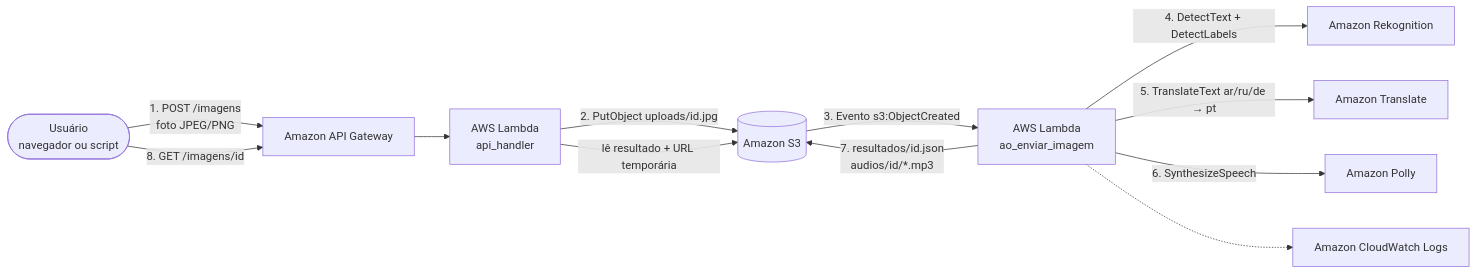
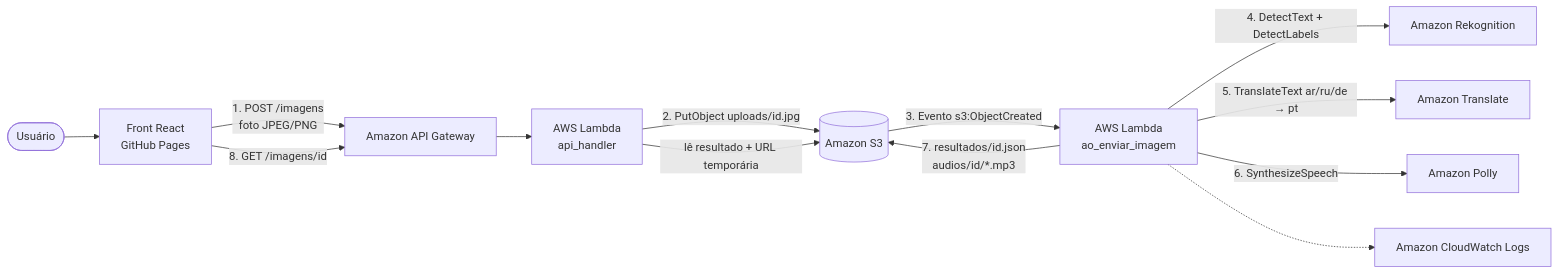
One commit to DaviFPassos/chalice_aws changed the diagram in docs/arquitetura.md. Above: the diagram before and after it, drawn with Mermaid. The commit also changed other lines of this file and 25 other files, not shown here.

First line of the commit message:
Adiciona front-end em React para enviar a foto e ouvir a tradução

````diff
--- a/docs/arquitetura.md
+++ b/docs/arquitetura.md
@@ -9,14 +9,15 @@
 ```mermaid
 flowchart LR
-    U([Usuário<br/>navegador ou script]) -->|1. POST /imagens<br/>foto JPEG/PNG| APIGW[Amazon API Gateway]
+    U([Usuário]) --> FE[Front React<br/>GitHub Pages]
+    FE -->|1. POST /imagens<br/>foto JPEG/PNG| APIGW[Amazon API Gateway]
     APIGW --> L1[AWS Lambda<br/>api_handler]
     L1 -->|2. PutObject uploads/id.jpg| S3[(Amazon S3)]
     S3 -->|3. Evento s3:ObjectCreated| L2[AWS Lambda<br/>ao_enviar_imagem]
     L2 -->|4. DetectText + DetectLabels| REK[Amazon Rekognition]
     L2 -->|5. TranslateText ar/ru/de → pt| TR[Amazon Translate]
     L2 -->|6. SynthesizeSpeech| PO[Amazon Polly]
     L2 -->|7. resultados/id.json<br/>audios/id/*.mp3| S3
-    U -->|8. GET /imagens/id| APIGW
+    FE -->|8. GET /imagens/id| APIGW
     L1 -->|lê resultado + URL temporária| S3
     L2 -.-> CW[Amazon CloudWatch Logs]
 ```
````
